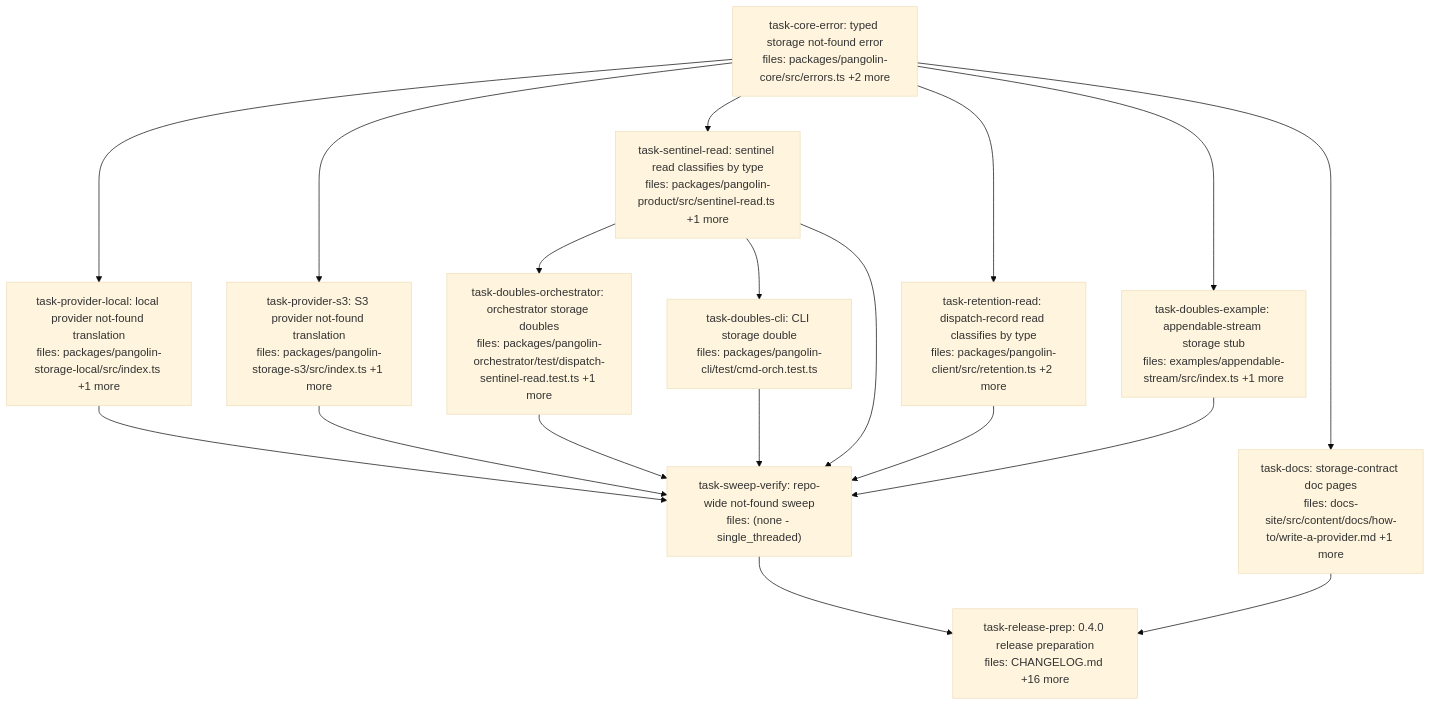
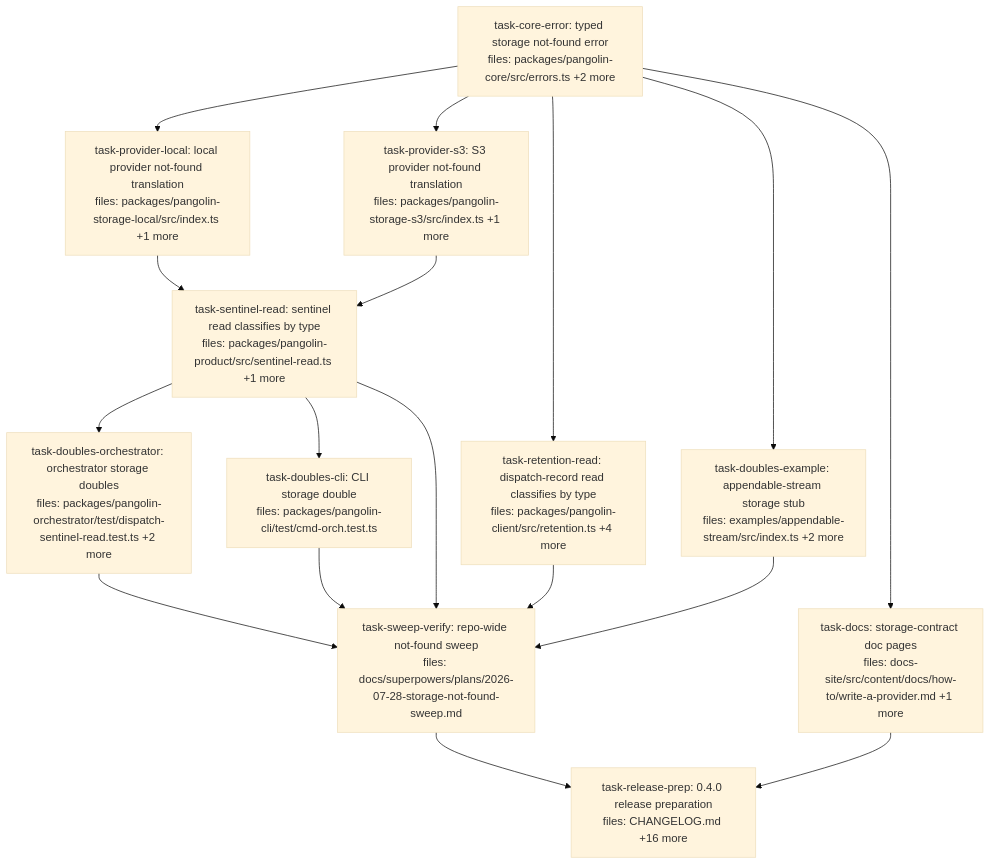
The diagram in docs/superpowers/plans/2026-07-28-storage-not-found-dag.md (QuarrySystems/pangolin), drawn with Mermaid (base theme) before and after one commit. The commit also changed other lines of this file, not shown here.

First line of the commit message:
plan(storage-not-found): rev 2 — fix executability gaps from the plan audit

````diff
--- a/docs/superpowers/plans/2026-07-28-storage-not-found-dag.md
+++ b/docs/superpowers/plans/2026-07-28-storage-not-found-dag.md
@@ -6,38 +6,37 @@
 ```mermaid
 flowchart TD
     task-core-error["task-core-error: typed storage not-found error<br/>files: packages/pangolin-core/src/errors.ts +2 more"]
     task-provider-local["task-provider-local: local provider not-found translation<br/>files: packages/pangolin-storage-local/src/index.ts +1 more"]
     task-provider-s3["task-provider-s3: S3 provider not-found translation<br/>files: packages/pangolin-storage-s3/src/index.ts +1 more"]
     task-sentinel-read["task-sentinel-read: sentinel read classifies by type<br/>files: packages/pangolin-product/src/sentinel-read.ts +1 more"]
-    task-retention-read["task-retention-read: dispatch-record read classifies by type<br/>files: packages/pangolin-client/src/retention.ts +2 more"]
-    task-doubles-orchestrator["task-doubles-orchestrator: orchestrator storage doubles<br/>files: packages/pangolin-orchestrator/test/dispatch-sentinel-read.test.ts +1 more"]
+    task-retention-read["task-retention-read: dispatch-record read classifies by type<br/>files: packages/pangolin-client/src/retention.ts +4 more"]
+    task-doubles-orchestrator["task-doubles-orchestrator: orchestrator storage doubles<br/>files: packages/pangolin-orchestrator/test/dispatch-sentinel-read.test.ts +2 more"]
     task-doubles-cli["task-doubles-cli: CLI storage double<br/>files: packages/pangolin-cli/test/cmd-orch.test.ts"]
-    task-doubles-example["task-doubles-example: appendable-stream storage stub<br/>files: examples/appendable-stream/src/index.ts +1 more"]
+    task-doubles-example["task-doubles-example: appendable-stream storage stub<br/>files: examples/appendable-stream/src/index.ts +2 more"]
     task-docs["task-docs: storage-contract doc pages<br/>files: docs-site/src/content/docs/how-to/write-a-provider.md +1 more"]
-    task-sweep-verify["task-sweep-verify: repo-wide not-found sweep<br/>files: (none - single_threaded)"]
+    task-sweep-verify["task-sweep-verify: repo-wide not-found sweep<br/>files: docs/superpowers/plans/2026-07-28-storage-not-found-sweep.md"]
     task-release-prep["task-release-prep: 0.4.0 release preparation<br/>files: CHANGELOG.md +16 more"]
 
     task-core-error --> task-provider-local
     task-core-error --> task-provider-s3
-    task-core-error --> task-sentinel-read
     task-core-error --> task-retention-read
     task-core-error --> task-doubles-example
     task-core-error --> task-docs
+    task-provider-local --> task-sentinel-read
+    task-provider-s3 --> task-sentinel-read
     task-sentinel-read --> task-doubles-orchestrator
     task-sentinel-read --> task-doubles-cli
-    task-provider-local --> task-sweep-verify
-    task-provider-s3 --> task-sweep-verify
     task-sentinel-read --> task-sweep-verify
     task-retention-read --> task-sweep-verify
     task-doubles-orchestrator --> task-sweep-verify
     task-doubles-cli --> task-sweep-verify
     task-doubles-example --> task-sweep-verify
     task-sweep-verify --> task-release-prep
     task-docs --> task-release-prep
 
     classDef done fill:#90ee90,stroke:#333
     classDef ready fill:#fffacd,stroke:#333
     classDef running fill:#87ceeb,stroke:#333
     classDef failed fill:#ffb6c1,stroke:#333
     classDef skipped fill:#d3d3d3,stroke:#333,stroke-dasharray: 5 5
 ```
````
